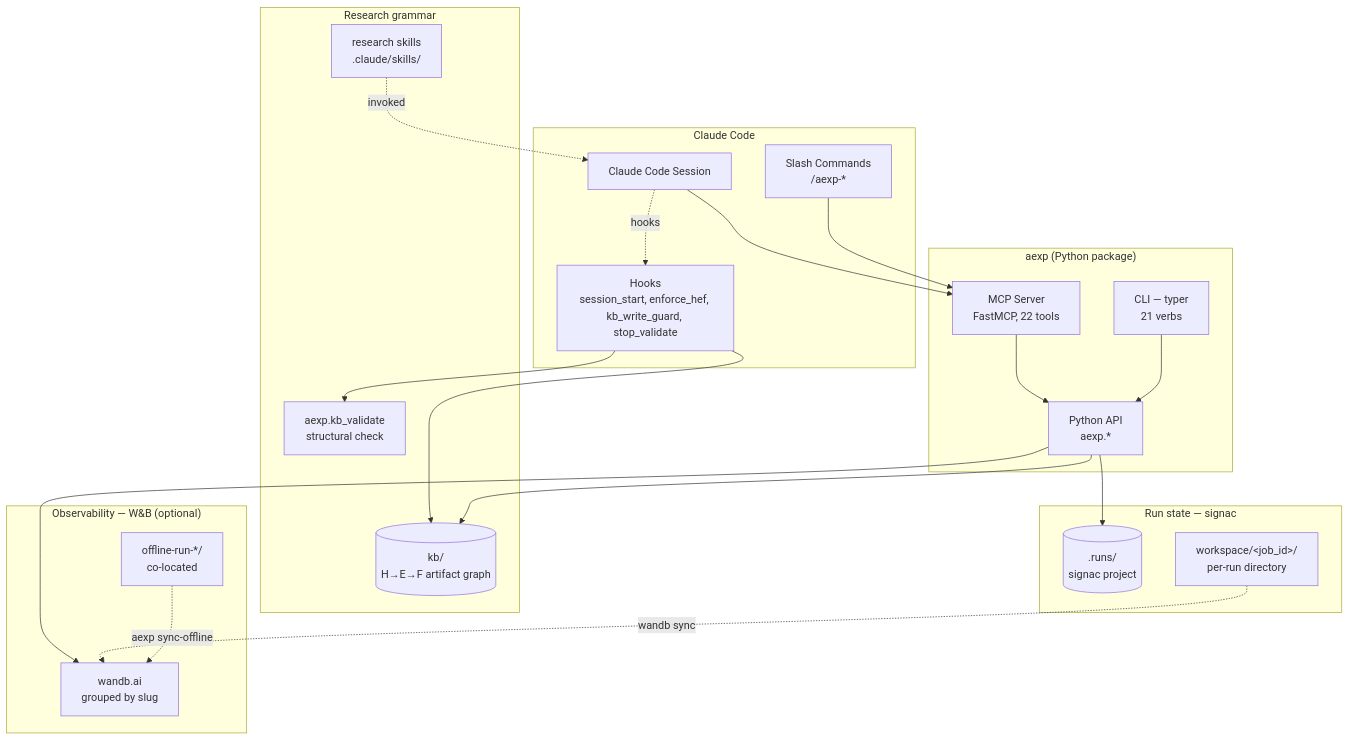
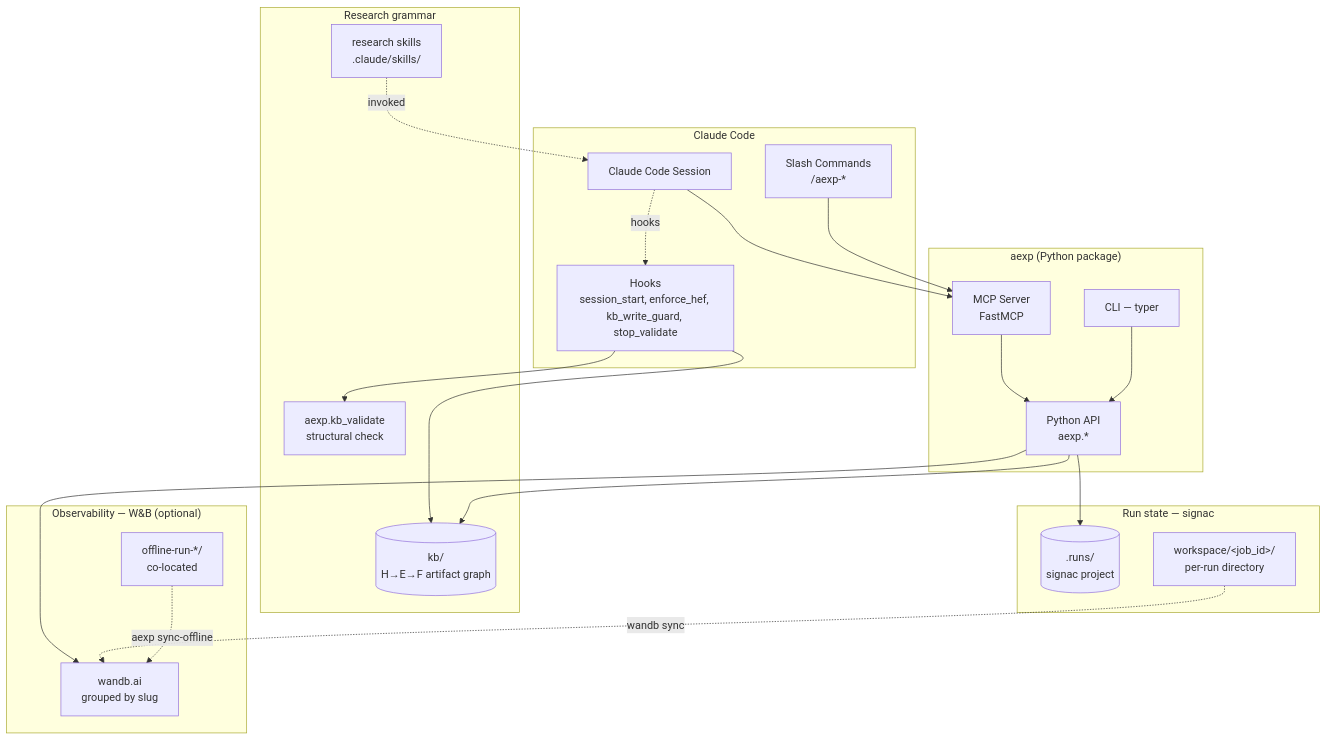
The diagram in README.md (KadenMc/agentic-experiments), drawn with Mermaid before and after one commit. The commit also changed other lines of this file, not shown here.

````diff
--- a/README.md
+++ b/README.md
@@ -140,44 +140,44 @@
 ```mermaid
 graph TB
     subgraph "Claude Code"
         CC[Claude Code Session]
         SC[Slash Commands<br/>/aexp-*]
         HOOKS[Hooks<br/>session_start, enforce_hef, kb_write_guard, stop_validate]
     end
 
     subgraph "aexp (Python package)"
-        MCP[MCP Server<br/>FastMCP, 22 tools]
-        CLI[CLI — typer<br/>21 verbs]
+        MCP[MCP Server<br/>FastMCP]
+        CLI[CLI — typer]
         API[Python API<br/>aexp.*]
     end
 
     subgraph "Research grammar"
         KB[(kb/<br/>H→E→F artifact graph)]
         SKILLS[research skills<br/>.claude/skills/]
         VALID[aexp.kb_validate<br/>structural check]
     end
 
     subgraph "Run state — signac"
         SIGNAC[(.runs/<br/>signac project)]
         JOBS[workspace/&lt;job_id&gt;/<br/>per-run directory]
     end
 
     subgraph "Observability — W&B (optional)"
         WB[wandb.ai<br/>grouped by slug]
         OFFLINE[offline-run-*/<br/>co-located]
     end
 
     CC --> MCP
     SC --> MCP
     CC -.hooks.-> HOOKS
     HOOKS --> KB
     HOOKS --> VALID
     MCP --> API
     CLI --> API
     API --> KB
     API --> SIGNAC
     API --> WB
     JOBS -.wandb sync.-> WB
     OFFLINE -.aexp sync-offline.-> WB
     SKILLS -.invoked.-> CC
 ```
````
